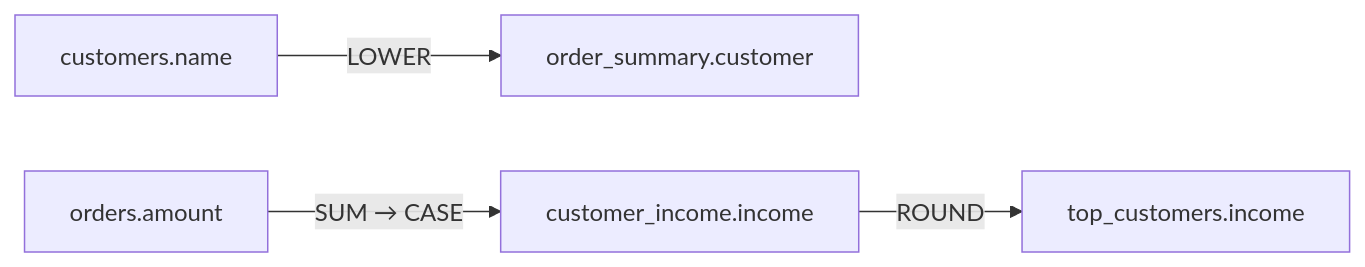
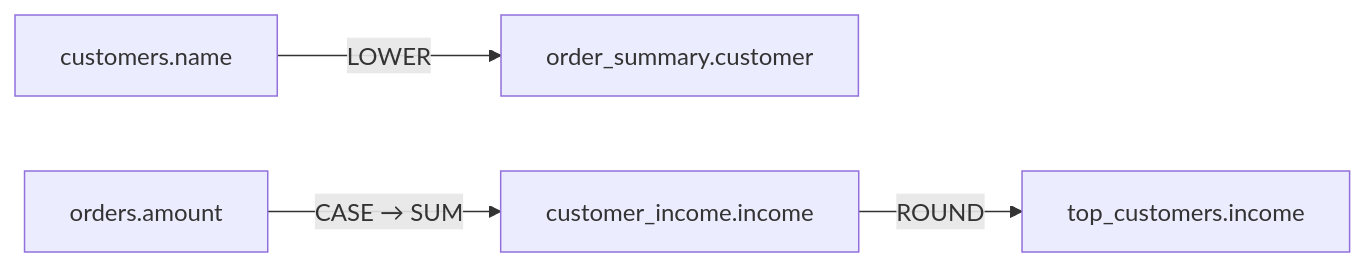
One commit to classifyre/classifyre changed the diagram in apps/docs/app/sources/lineage/column-level/page.mdx. Above: the diagram before and after it, drawn with Mermaid. The commit also changed other lines of this file and 1 other file, not shown here.

````diff
--- a/apps/docs/app/sources/lineage/column-level/page.mdx
+++ b/apps/docs/app/sources/lineage/column-level/page.mdx
@@ -38,6 +38,6 @@
 ```mermaid
 graph LR
     A["customers.name"] -->|LOWER| B["order_summary.customer"]
-    C["orders.amount"] -->|"SUM → CASE"| D["customer_income.income"]
+    C["orders.amount"] -->|"CASE → SUM"| D["customer_income.income"]
     D -->|ROUND| E["top_customers.income"]
 ```
````
